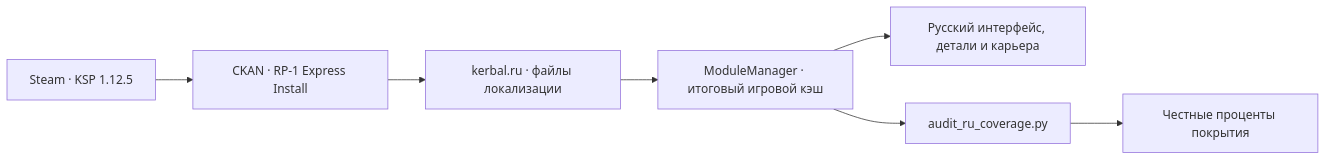
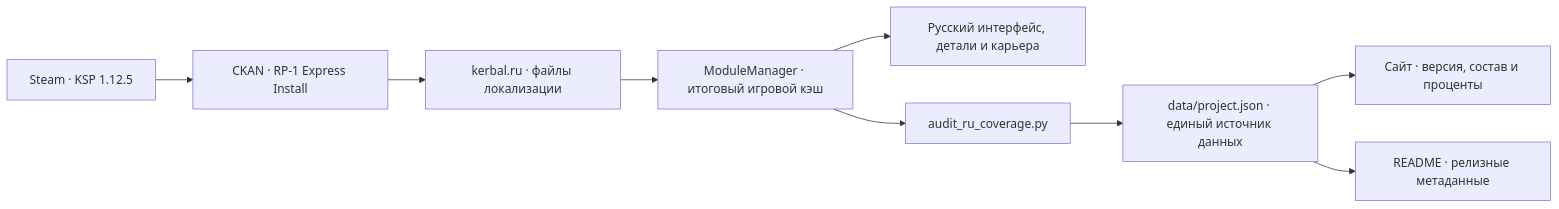
Before and after one commit to plagness/kerbal.ru: the diagram in README.md, drawn with Mermaid. The commit also changed other lines of this file and 17 other files, not shown here.

````diff
--- a/README.md
+++ b/README.md
@@ -77,9 +81,11 @@
 ```mermaid
 flowchart LR
     A["Steam · KSP 1.12.5"] --> B["CKAN · RP-1 Express Install"]
     B --> C["kerbal.ru · файлы локализации"]
     C --> D["ModuleManager · итоговый игровой кэш"]
     D --> E["Русский интерфейс, детали и карьера"]
     D --> F["audit_ru_coverage.py"]
-    F --> G["Честные проценты покрытия"]
+    F --> G["data/project.json · единый источник данных"]
+    G --> H["Сайт · версия, состав и проценты"]
+    G --> I["README · релизные метаданные"]
 ```
````
